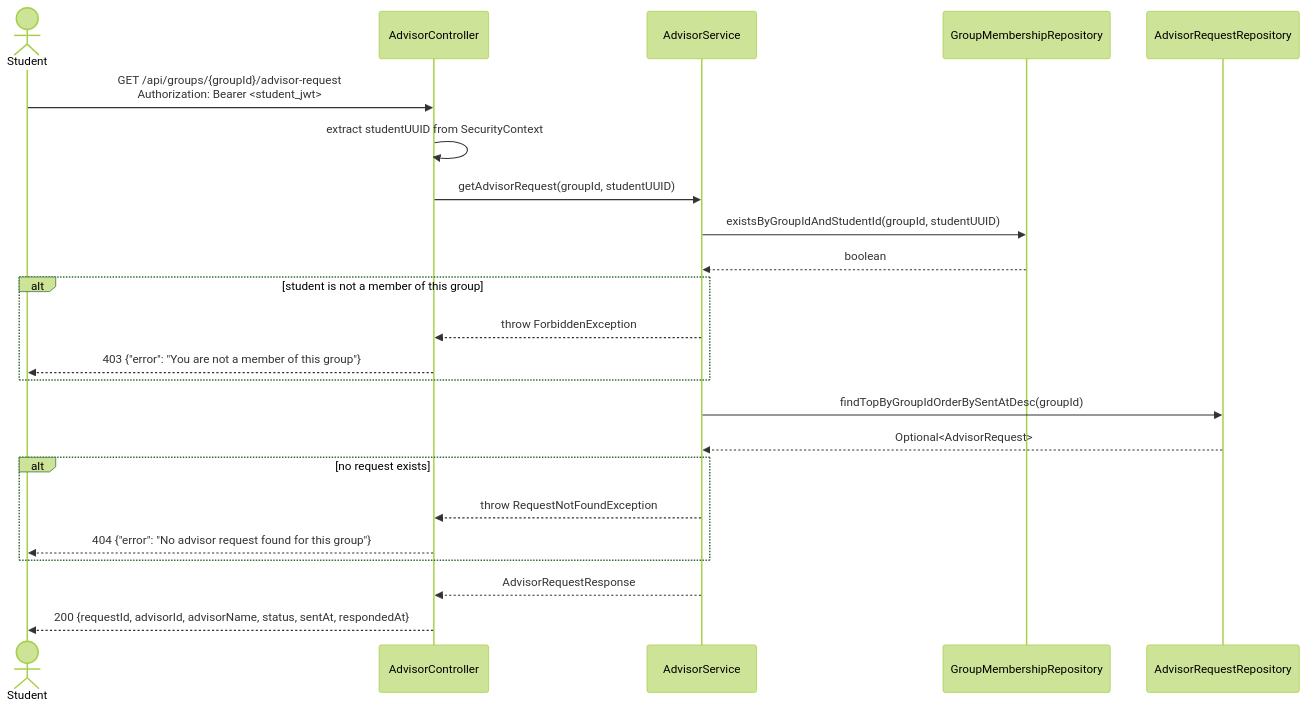
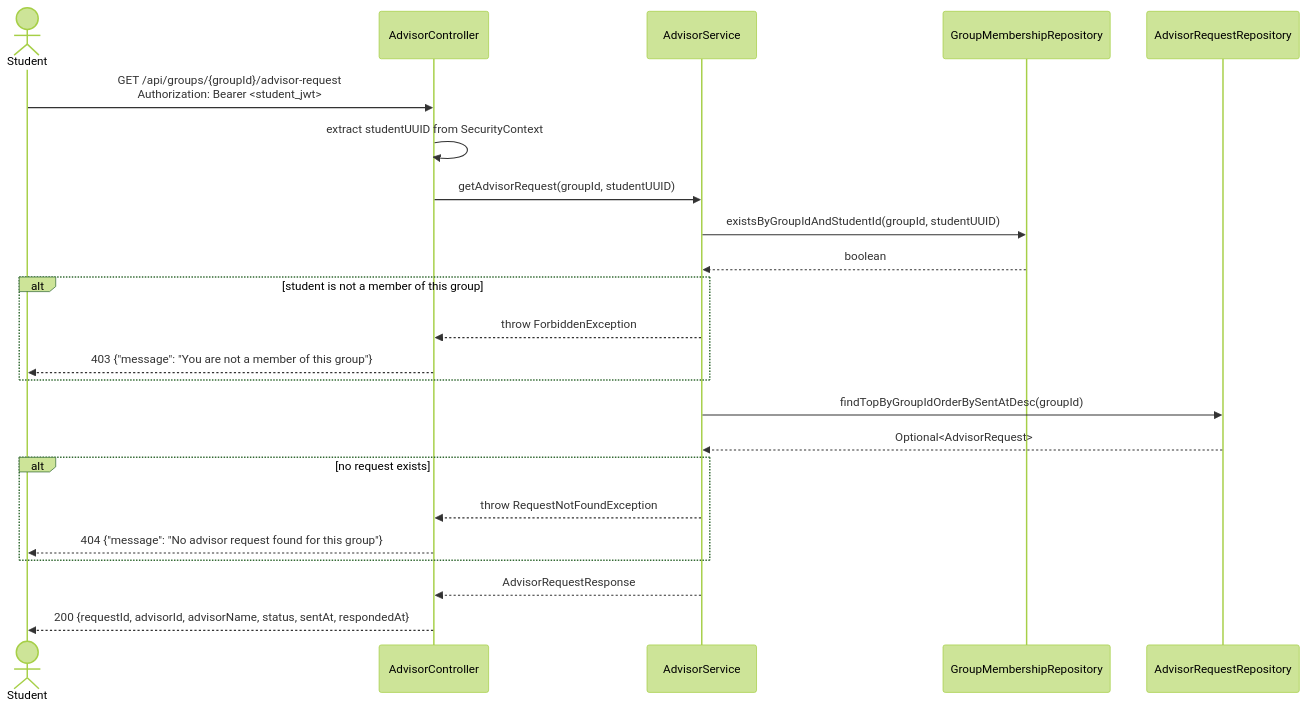
Before and after one commit to SE3318-Spring-2025-2026/senior-app-6: the third of 4 diagrams in docs/process3/sequences/3.1_advisor_request_p3.md, drawn with Mermaid (forest theme). The commit also changed other lines of this file and 27 other files, not shown here.

````diff
--- a/docs/process3/sequences/3.1_advisor_request_p3.md
+++ b/docs/process3/sequences/3.1_advisor_request_p3.md
@@ -120,32 +120,32 @@
 ```mermaid
 sequenceDiagram
     actor Student
     participant AdvisorController
     participant AdvisorService
     participant GroupMembershipRepository
     participant AdvisorRequestRepository
 
     Student->>AdvisorController: GET /api/groups/{groupId}/advisor-request<br/>Authorization: Bearer <student_jwt>
 
     AdvisorController->>AdvisorController: extract studentUUID from SecurityContext
     AdvisorController->>AdvisorService: getAdvisorRequest(groupId, studentUUID)
 
     AdvisorService->>GroupMembershipRepository: existsByGroupIdAndStudentId(groupId, studentUUID)
     GroupMembershipRepository-->>AdvisorService: boolean
 
     alt student is not a member of this group
         AdvisorService-->>AdvisorController: throw ForbiddenException
-        AdvisorController-->>Student: 403 {"error": "You are not a member of this group"}
+        AdvisorController-->>Student: 403 {"message": "You are not a member of this group"}
     end
 
     AdvisorService->>AdvisorRequestRepository: findTopByGroupIdOrderBySentAtDesc(groupId)
     AdvisorRequestRepository-->>AdvisorService: Optional<AdvisorRequest>
 
     alt no request exists
         AdvisorService-->>AdvisorController: throw RequestNotFoundException
-        AdvisorController-->>Student: 404 {"error": "No advisor request found for this group"}
+        AdvisorController-->>Student: 404 {"message": "No advisor request found for this group"}
     end
 
     AdvisorService-->>AdvisorController: AdvisorRequestResponse
     AdvisorController-->>Student: 200 {requestId, advisorId, advisorName, status, sentAt, respondedAt}
 ```
````
